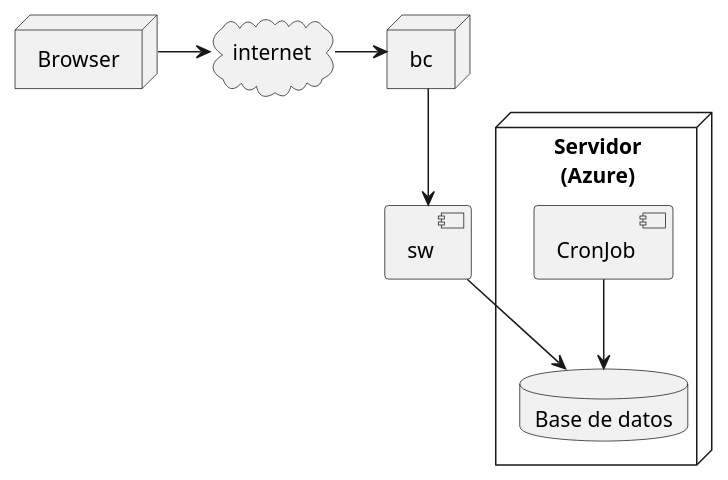
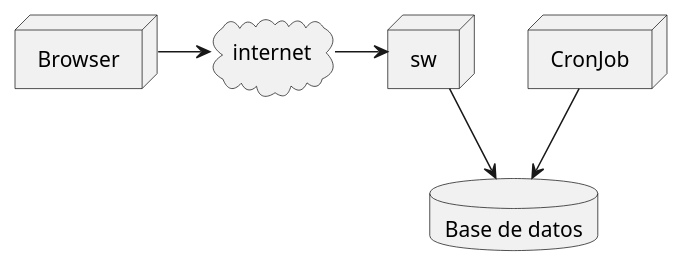
Before and after one commit to RaniAgus/dds-2022: the diagram in docs/puml/arquitectura.puml, drawn with PlantUML. The commit also changed 1 other file, not shown here.

```diff
--- a/docs/puml/arquitectura.puml
+++ b/docs/puml/arquitectura.puml
@@ -1,31 +1,24 @@
 @startuml
 
 node "Browser" as browser
 
 browser -> internet
 
 cloud "Internet" as internet {
 }
 
-internet -> bc
+internet -> sw
 
-node "Balanceador de carga\n(Azure)" as bc {
+node "Servidor Web" as sw {
 }
 
-bc --> sw
+node CronJob as cron {
+}
 
-node "Servidor\n(Azure)" as sv {
-   component "Servidor Web" as sw {
-   }
-
-   component CronJob as cron {
-   }
-
-   database "Base de datos" as db {
-   }
+database "Base de datos" as db {
 }
 
 cron --> db
 sw --> db
 
 @enduml
```
